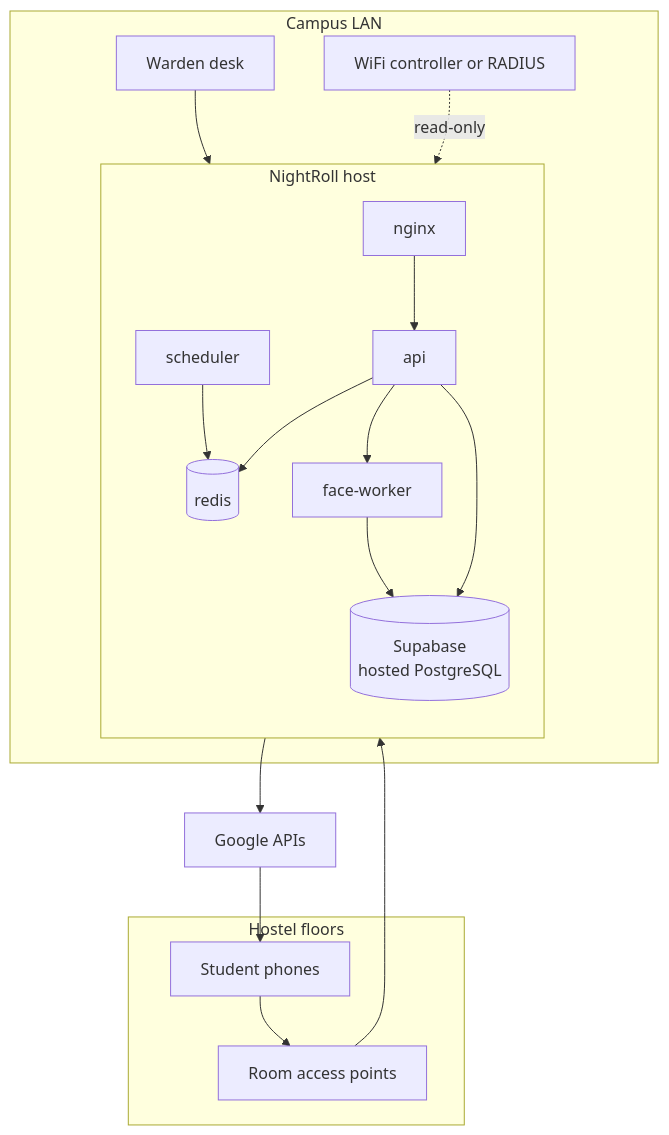
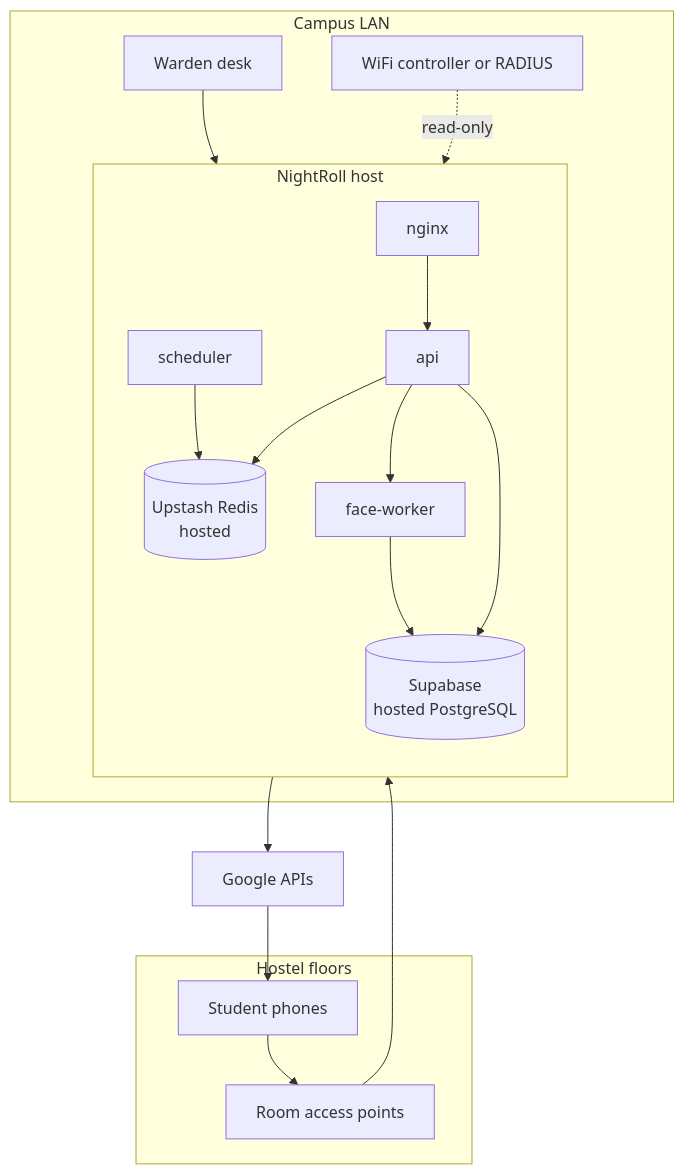
One commit to Rahul-8283/NightRoll changed the tenth of 10 diagrams in docs/architecture.md. Above: the diagram before and after it, drawn with Mermaid. The commit also changed other lines of this file and 11 other files, not shown here.

Commit message:
chore: switch Redis to hosted Upstash across env, docs and phases

````diff
--- a/docs/architecture.md
+++ b/docs/architecture.md
@@ -416,34 +416,34 @@
 ```mermaid
 flowchart TB
     subgraph Rooms["Hostel floors"]
         Ph["Student phones"]
         APs["Room access points"]
         Ph --> APs
     end
 
     subgraph Campus["Campus LAN"]
         Warden["Warden desk"]
         Ctrl["WiFi controller or RADIUS"]
         subgraph Host["NightRoll host"]
             direction TB
             N["nginx"]
             A["api"]
             F["face-worker"]
             S["scheduler"]
             P[("Supabase<br/>hosted PostgreSQL")]
-            R[("redis")]
+            R[("Upstash Redis<br/>hosted")]
             N --> A
             A --> P
             A --> R
             A --> F
             S --> R
             F --> P
         end
         Warden --> N
         Ctrl -. "read-only" .-> A
     end
 
     APs --> N
     A --> Google["Google APIs"]
     Google --> Ph
 ```
````
